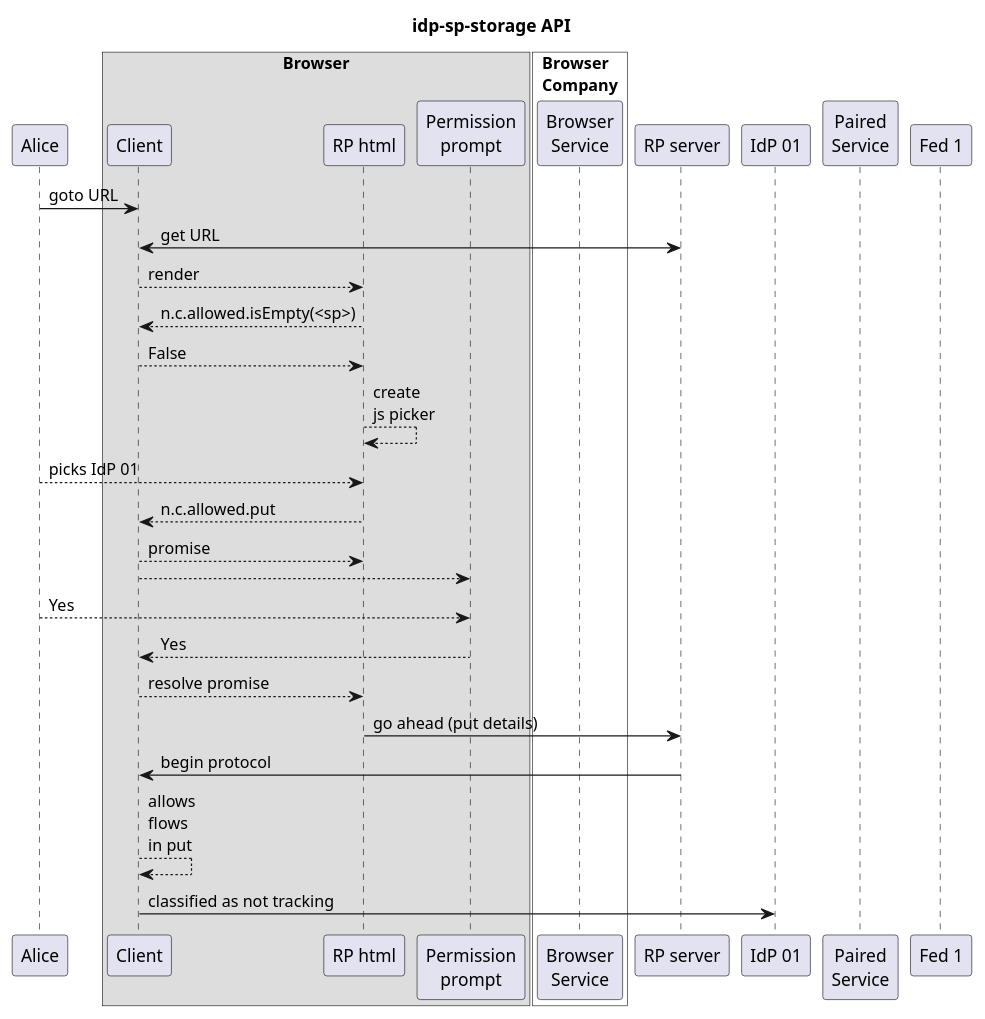
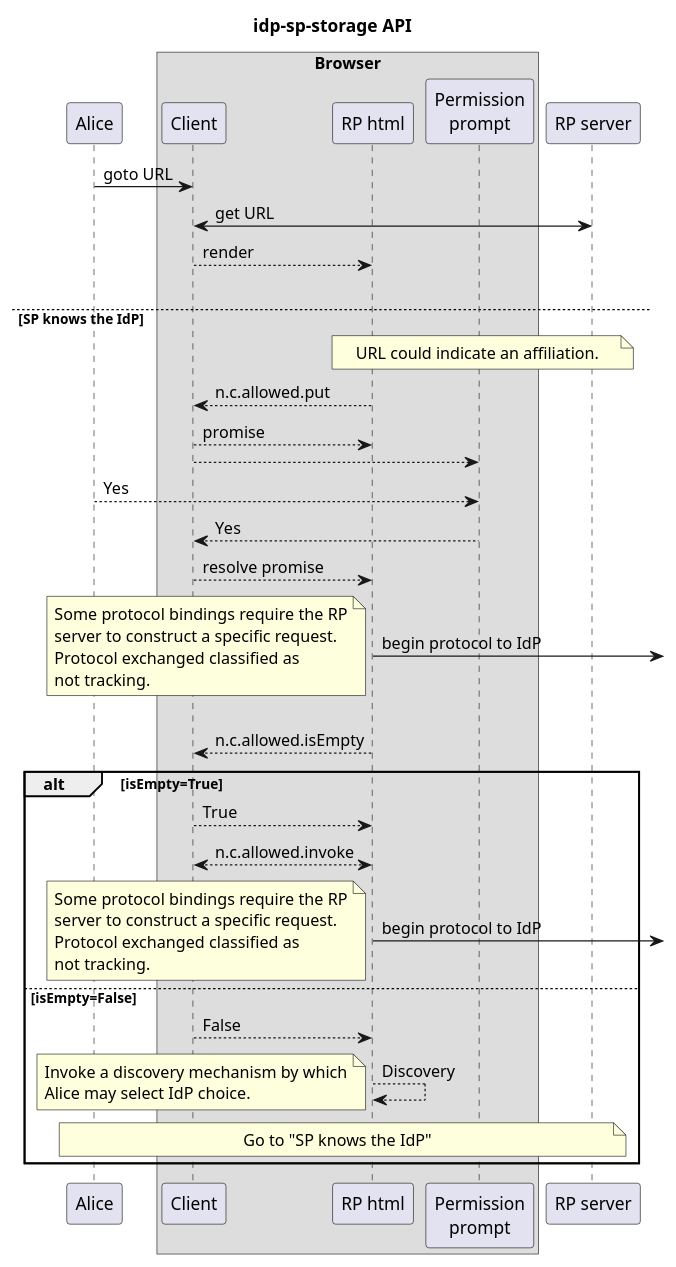
The second of 2 diagrams in documentation/2023-03-01Proposals.plantuml (nckroy/ApacheDS-Docker), drawn with PlantUML before and after one commit. The commit also changed 1 other file, not shown here.

```diff
--- a/documentation/2023-03-01Proposals.plantuml
+++ b/documentation/2023-03-01Proposals.plantuml
@@ -111,43 +111,63 @@
 @startuml idp-sp-storage
 
 Title idp-sp-storage API
 
 participant Alice
 
 box "Browser\nCompany" #White
     box Browser
         participant "Client" as Browser
         participant "RP html" as Window
         participant "Permission\nprompt" as modal
     end box
-    participant "Browser\nService" as browserService
 end box
-
 participant "RP server" as RP
 
-participant "IdP 01" as IdP
-participant "Paired\nService" as Service
-
-participant "Fed 1" as fed
-
-
     Alice -> Browser: goto URL
-    Browser <-> RP: get URL
+    Browser <-> RP: get URL    
     Browser --> Window: render
-    Window --> Browser: n.c.allowed.isEmpty(<sp>)
-    Browser --> Window: False
-    Window --> Window: create\njs picker
-    Alice --> Window: picks IdP 01
-    Window --> Browser: n.c.allowed.put
-    Browser --> Window: promise
-    Browser --> modal: 
-    Alice --> modal: Yes
-    modal --> Browser: Yes
-    Browser --> Window: resolve promise
-    Window -> RP: go ahead (put details)
-    RP -> Browser: begin protocol
-    Browser --> Browser: allows\nflows\nin put
-    Browser -> IdP: classified as not tracking
-
+    group SP discovers user's IdP
+    else SP knows the IdP 
+        note over Window, RP
+            URL could indicate an affiliation.
+        end note
+        Window --> Browser: n.c.allowed.put
+        Browser --> Window: promise
+        Browser --> modal: 
+        Alice --> modal: Yes
+        modal --> Browser: Yes
+        Browser --> Window: resolve promise
+        Window ->] : begin protocol to IdP
+        note left
+            Some protocol bindings require the RP
+            server to construct a specific request.
+            Protocol exchanged classified as 
+            not tracking.
+        end note
+    else SP does not know the IdP
+        Window --> Browser: n.c.allowed.isEmpty
+        alt isEmpty=True
+            Browser --> Window: True
+            Window <--> Browser: n.c.allowed.invoke
+            Window ->] : begin protocol to IdP
+            note left
+            Some protocol bindings require the RP
+            server to construct a specific request.
+            Protocol exchanged classified as 
+            not tracking.
+        end note
+        else isEmpty=False
+            Browser --> Window: False
+            Window --> Window: Discovery
+            note left
+            Invoke a discovery mechanism by which
+            Alice may select IdP choice.
+            end note
+            note over Alice, RP
+                Go to "SP knows the IdP"
+            end note
+        end group
+    
+   
 
 @enduml
```
